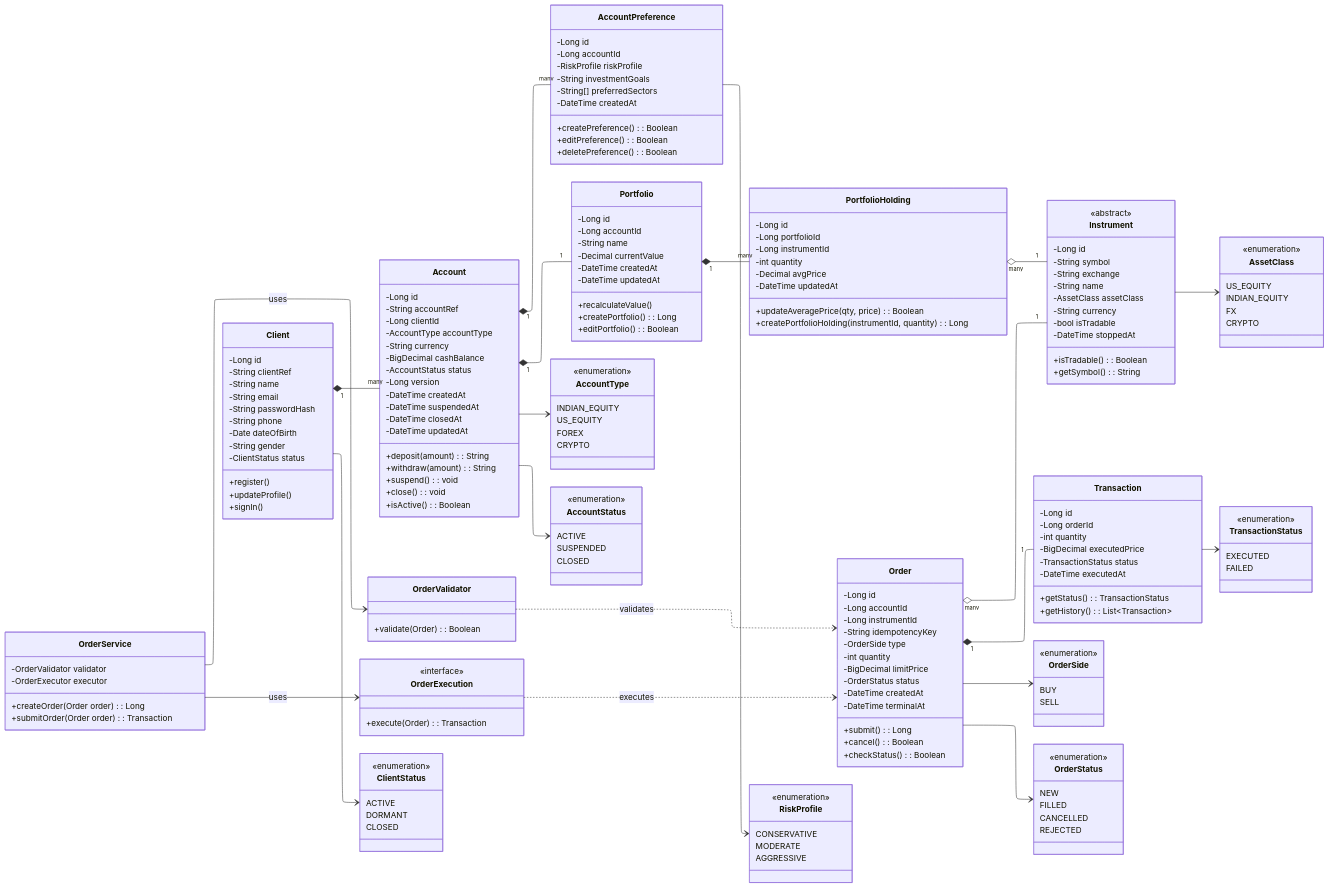
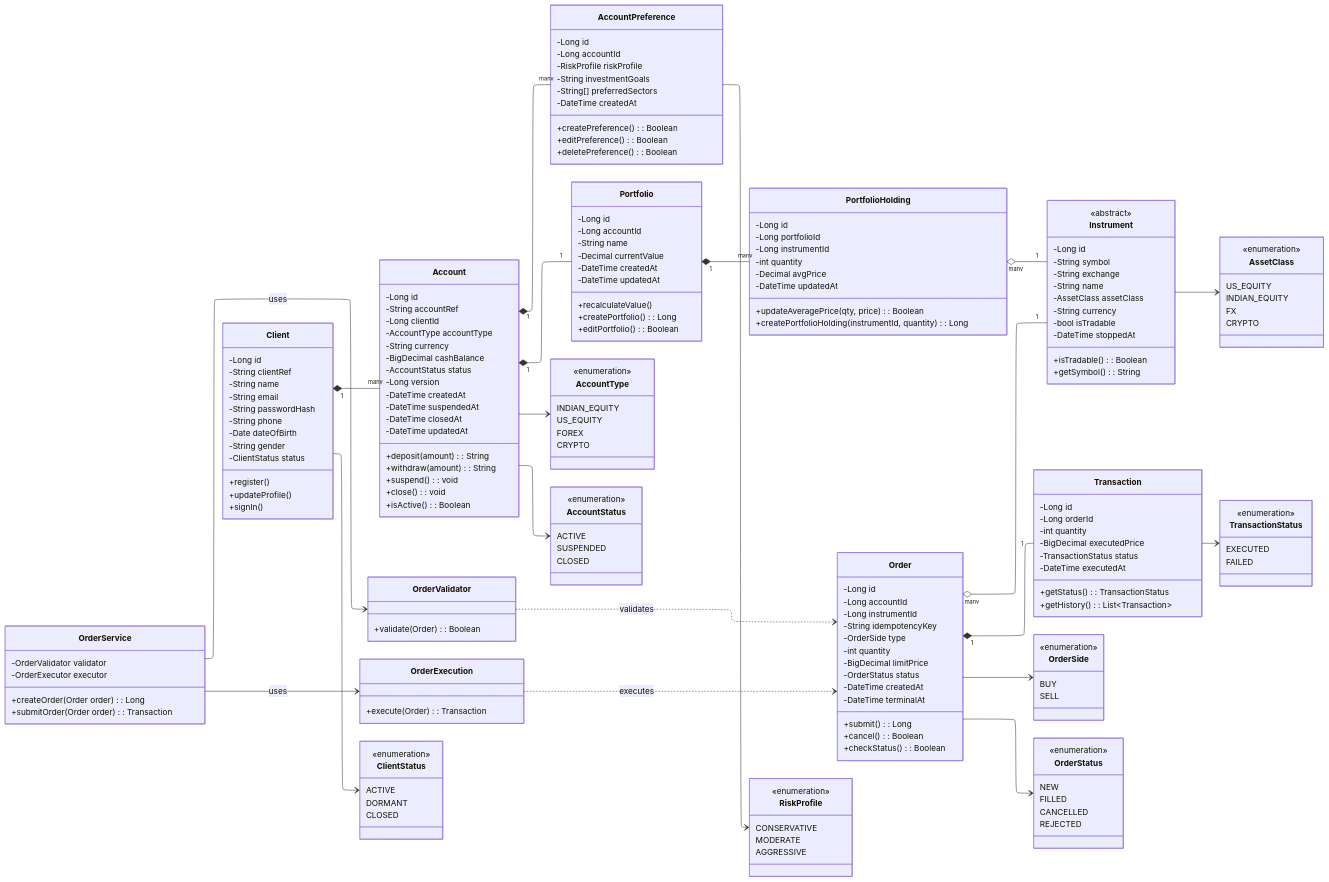
Before and after one commit to IM-RAHUL-RAJ/k8s-solution: the diagram in backend/design/class_diagram.mmd, drawn with Mermaid. The commit also changed 1 other file, not shown here.

Commit message:
Class diagram update

```diff
--- a/backend/design/class_diagram.mmd
+++ b/backend/design/class_diagram.mmd
@@ -134,7 +134,6 @@
     }
 
     class OrderExecution {
-        <<interface>>
         +execute(Order) : Transaction
     }
 
```
